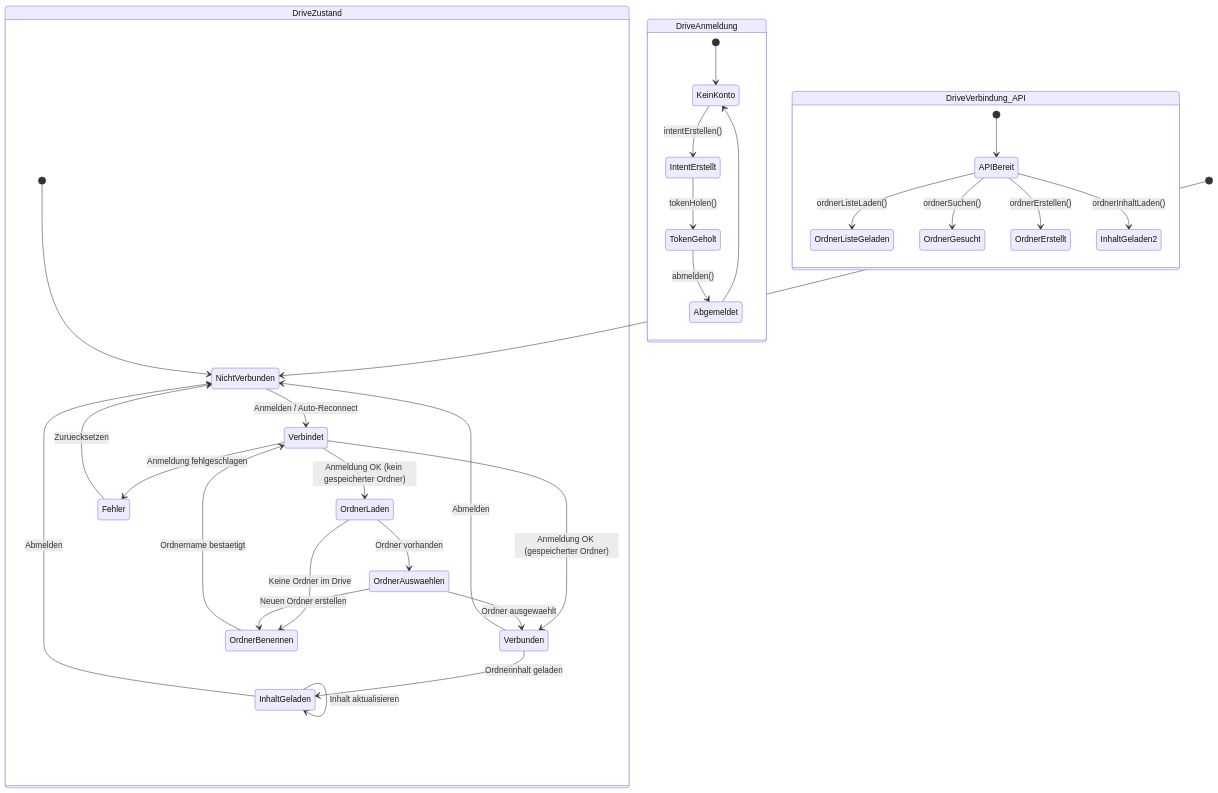
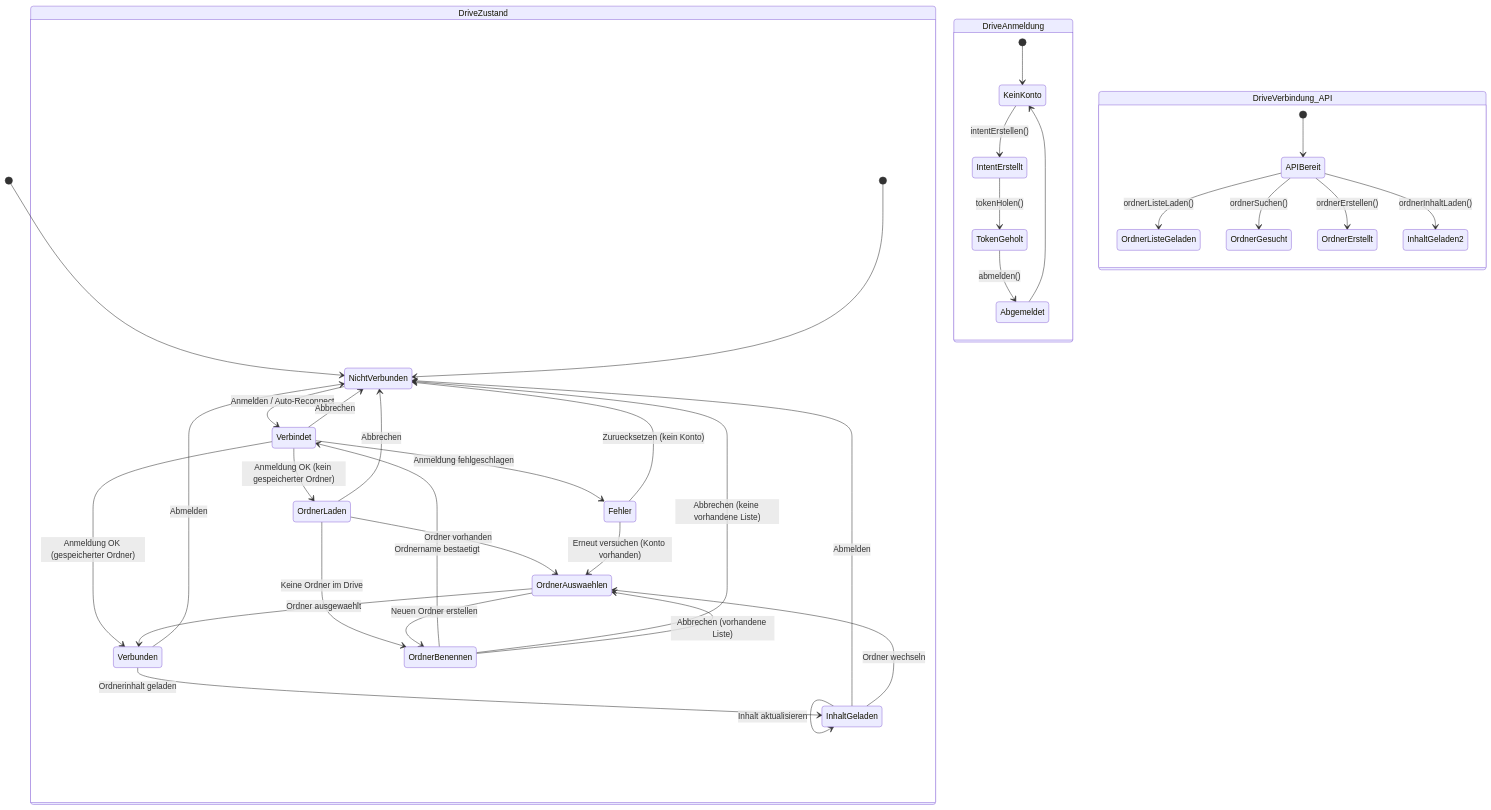
The diagram in docs/drive-state-diagram.mmd (chrismeyer10/PhotoDrop), drawn with Mermaid before and after one commit. The commit also changed 12 other files, not shown here.

```diff
--- a/docs/drive-state-diagram.mmd
+++ b/docs/drive-state-diagram.mmd
@@ -1,40 +1,46 @@
 %% PhotoDrop — Drive-Modul State Diagram
 %% Zeigt die Zustaende des Google Drive Features.
 %% Packages: ui.drive, ui.drive.api, ui.drive.anmeldung, ui.drive.zustand
 
 stateDiagram-v2
     [*] --> NichtVerbunden
 
     state DriveZustand {
         [*] --> NichtVerbunden
         NichtVerbunden --> Verbindet : Anmelden / Auto-Reconnect
         Verbindet --> OrdnerLaden : Anmeldung OK (kein gespeicherter Ordner)
         Verbindet --> Verbunden : Anmeldung OK (gespeicherter Ordner)
         Verbindet --> Fehler : Anmeldung fehlgeschlagen
+        Verbindet --> NichtVerbunden : Abbrechen
         OrdnerLaden --> OrdnerAuswaehlen : Ordner vorhanden
         OrdnerLaden --> OrdnerBenennen : Keine Ordner im Drive
+        OrdnerLaden --> NichtVerbunden : Abbrechen
         OrdnerAuswaehlen --> Verbunden : Ordner ausgewaehlt
         OrdnerAuswaehlen --> OrdnerBenennen : Neuen Ordner erstellen
         OrdnerBenennen --> Verbindet : Ordnername bestaetigt
+        OrdnerBenennen --> NichtVerbunden : Abbrechen (keine vorhandene Liste)
+        OrdnerBenennen --> OrdnerAuswaehlen : Abbrechen (vorhandene Liste)
         Verbunden --> InhaltGeladen : Ordnerinhalt geladen
         Verbunden --> NichtVerbunden : Abmelden
         InhaltGeladen --> NichtVerbunden : Abmelden
         InhaltGeladen --> InhaltGeladen : Inhalt aktualisieren
-        Fehler --> NichtVerbunden : Zuruecksetzen
+        InhaltGeladen --> OrdnerAuswaehlen : Ordner wechseln
+        Fehler --> NichtVerbunden : Zuruecksetzen (kein Konto)
+        Fehler --> OrdnerAuswaehlen : Erneut versuchen (Konto vorhanden)
     }
 
     state DriveAnmeldung {
         [*] --> KeinKonto
         KeinKonto --> IntentErstellt : intentErstellen()
         IntentErstellt --> TokenGeholt : tokenHolen()
         TokenGeholt --> Abgemeldet : abmelden()
         Abgemeldet --> KeinKonto
     }
 
     state DriveVerbindung_API {
         [*] --> APIBereit
         APIBereit --> OrdnerListeGeladen : ordnerListeLaden()
         APIBereit --> OrdnerGesucht : ordnerSuchen()
         APIBereit --> OrdnerErstellt : ordnerErstellen()
         APIBereit --> InhaltGeladen2 : ordnerInhaltLaden()
     }
```
